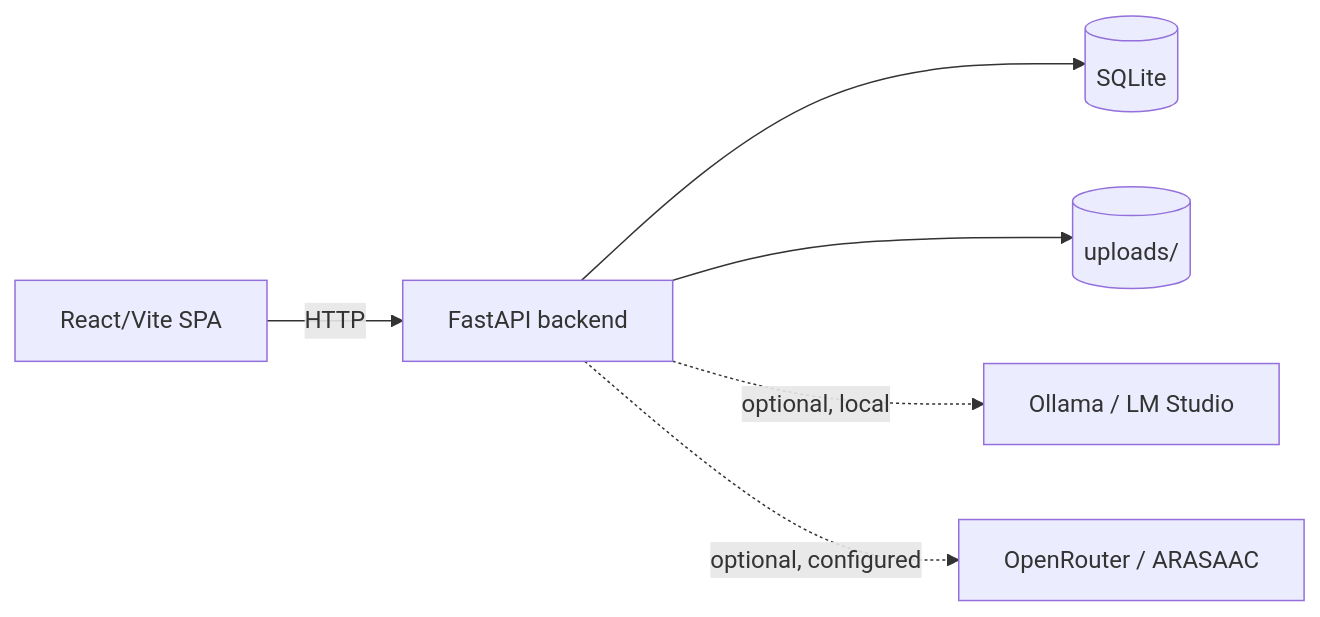
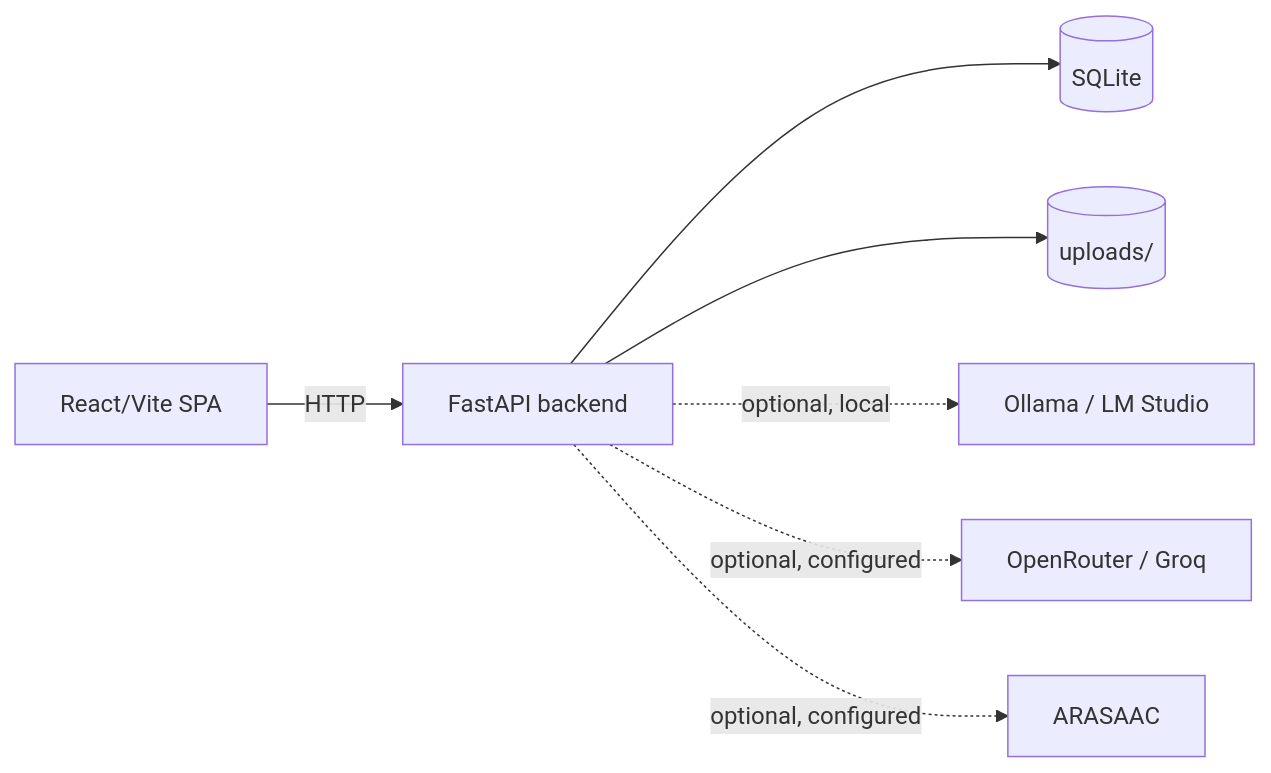
One commit to rodhayl/AAC_ASSISTANT changed the diagram in README.md. Above: the diagram before and after it, drawn with Mermaid. The commit also changed other lines of this file and 10 other files, not shown here.

````diff
--- a/README.md
+++ b/README.md
@@ -248,8 +250,9 @@
 ```mermaid
 flowchart LR
     Browser["React/Vite SPA"] -->|HTTP| API["FastAPI backend"]
     API --> SQLite[("SQLite")]
     API --> Uploads[("uploads/")]
     API -.->|optional, local| Ollama["Ollama / LM Studio"]
-    API -.->|optional, configured| OpenRouter["OpenRouter / ARASAAC"]
+    API -.->|optional, configured| OpenRouter["OpenRouter / Groq"]
+    API -.->|optional, configured| ARASAAC["ARASAAC"]
 ```
````
